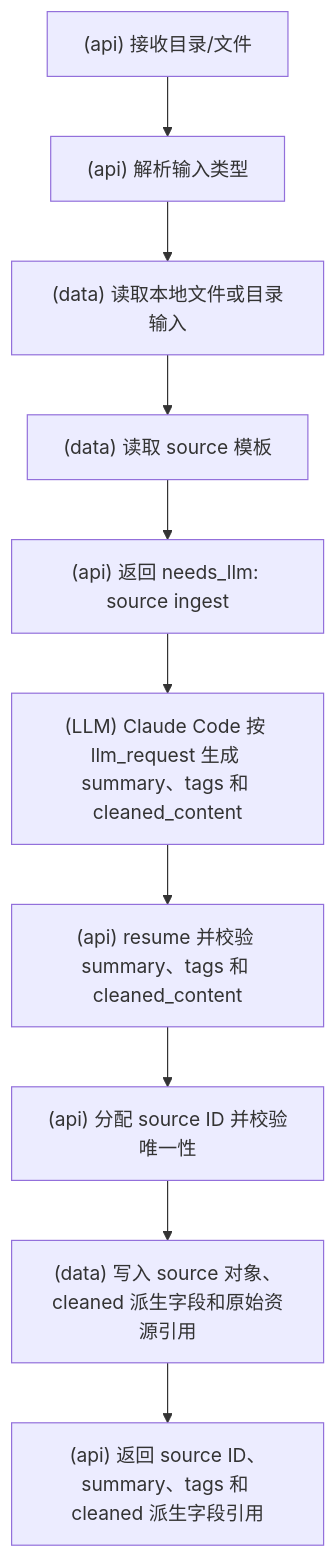
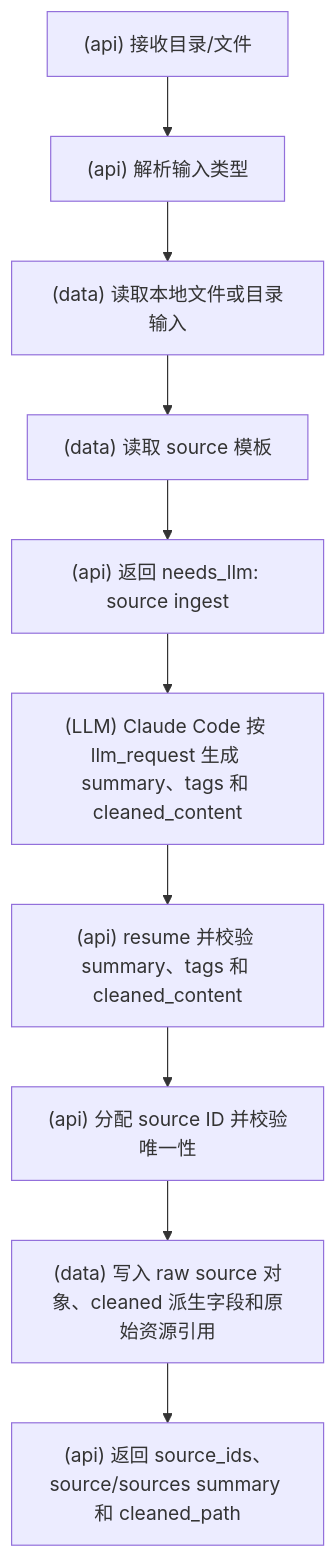
Before and after one commit to srangerme/KBManager: the second of 21 diagrams in docs/流程图.md, drawn with Mermaid. The commit also changed other lines of this file and 19 other files, not shown here.

````diff
--- a/docs/流程图.md
+++ b/docs/流程图.md
@@ -56,12 +56,12 @@
 ```mermaid
 flowchart TD
   A["(api) 接收目录/文件"] --> B["(api) 解析输入类型"]
   B --> D["(data) 读取本地文件或目录输入"]
   D --> M["(data) 读取 source 模板"]
   M --> N["(api) 返回 needs_llm: source ingest"]
   N --> O["(LLM) Claude Code 按 llm_request 生成 summary、tags 和 cleaned_content"]
   O --> P["(api) resume 并校验 summary、tags 和 cleaned_content"]
   P --> Q["(api) 分配 source ID 并校验唯一性"]
-  Q --> R["(data) 写入 source 对象、cleaned 派生字段和原始资源引用"]
-  R --> S["(api) 返回 source ID、summary、tags 和 cleaned 派生字段引用"]
+  Q --> R["(data) 写入 raw source 对象、cleaned 派生字段和原始资源引用"]
+  R --> S["(api) 返回 source_ids、source/sources summary 和 cleaned_path"]
 ```
````
